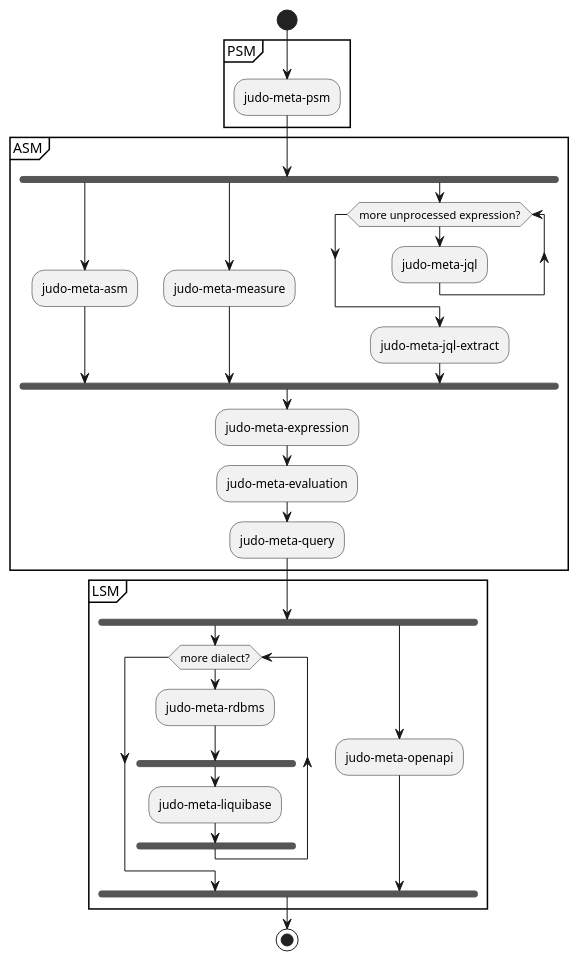
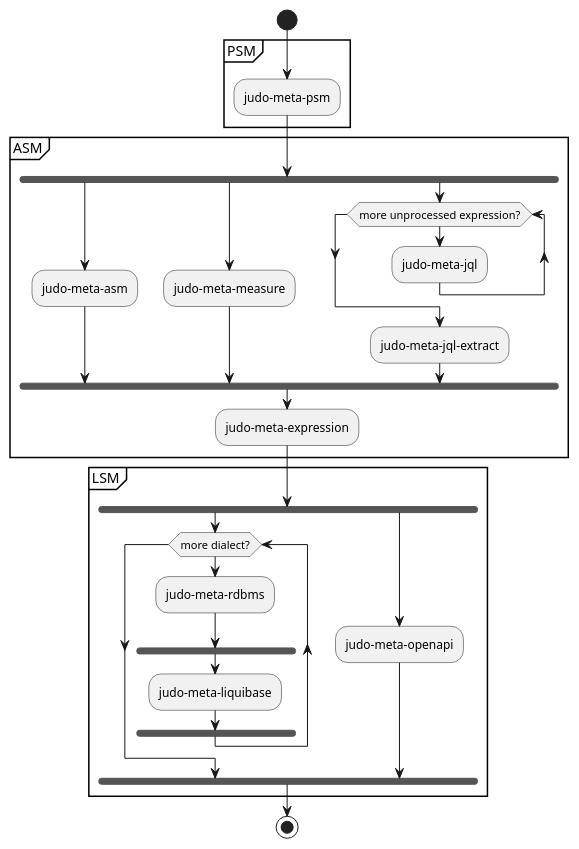
One commit to BlackBeltTechnology/judo-tatami-core changed the first of 2 diagrams in README.adoc. Above: the diagram before and after it, drawn with PlantUML. The commit also changed 26 other files, not shown here.

```diff
--- a/README.adoc
+++ b/README.adoc
@@ -5,39 +5,37 @@
 [plantuml, model-processing-pipeline-diagram, alt="Model processing diagram"]
 ----
 start
 
 partition PSM {
   :judo-meta-psm;
 }
 
 partition ASM {
   fork
     :judo-meta-asm;
   fork again
     :judo-meta-measure;
   fork again
     while (more unprocessed expression?)
       :judo-meta-jql;
     endwhile
     :judo-meta-jql-extract;
   end fork
   :judo-meta-expression;
-  :judo-meta-evaluation;
-  :judo-meta-query;
 }
 
 partition LSM {
   fork
     while (more dialect?)
       :judo-meta-rdbms;
       fork
         :judo-meta-liquibase;
       end fork
     endwhile
   fork again
     :judo-meta-openapi;
   end fork
 }
 
 stop
 ----
```
